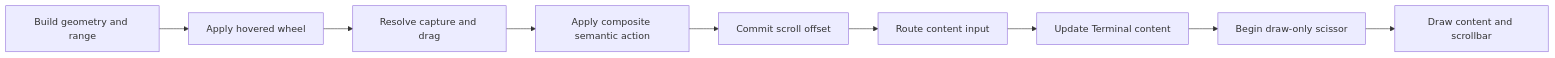
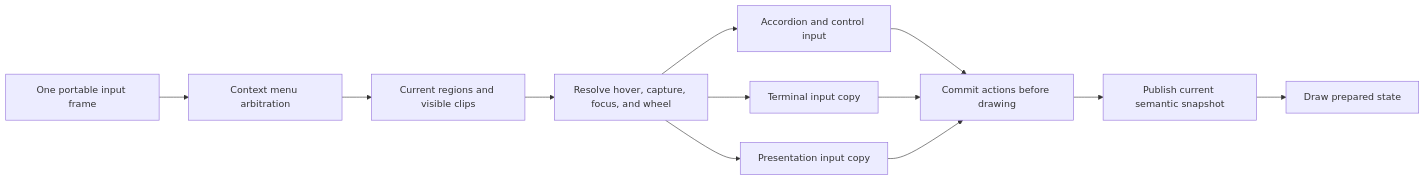
One commit to derekshoneycutt/Euclid changed the sixth of 7 diagrams in docs/wiki/Guides/UiSystem.md. Above: the diagram before and after it, drawn with Mermaid. The commit also changed other lines of this file and 11 other files, not shown here.

````diff
--- a/docs/wiki/Guides/UiSystem.md
+++ b/docs/wiki/Guides/UiSystem.md
@@ -731,14 +263,14 @@
 ```mermaid
 flowchart LR
-    Geometry[Build geometry and range]
-    Wheel[Apply hovered wheel]
-    Capture[Resolve capture and drag]
-    Semantic[Apply composite semantic action]
-    Commit[Commit scroll offset]
-    Route[Route content input]
-    Service[Update Terminal content]
-    Scissor[Begin draw-only scissor]
-    Draw[Draw content and scrollbar]
-
-    Geometry --> Wheel --> Capture --> Semantic --> Commit --> Route --> Service --> Scissor --> Draw
+    Raw[One portable input frame] --> Popup[Context menu arbitration]
+    Popup --> Geometry[Current regions and visible clips]
+    Geometry --> Router[Resolve hover, capture, focus, and wheel]
+    Router --> Controls[Accordion and control input]
+    Router --> Terminal[Terminal input copy]
+    Router --> Presentation[Presentation input copy]
+    Controls --> Commit[Commit actions before drawing]
+    Terminal --> Commit
+    Presentation --> Commit
+    Commit --> Semantics[Publish current semantic snapshot]
+    Semantics --> Draw[Draw prepared state]
 ```
````
